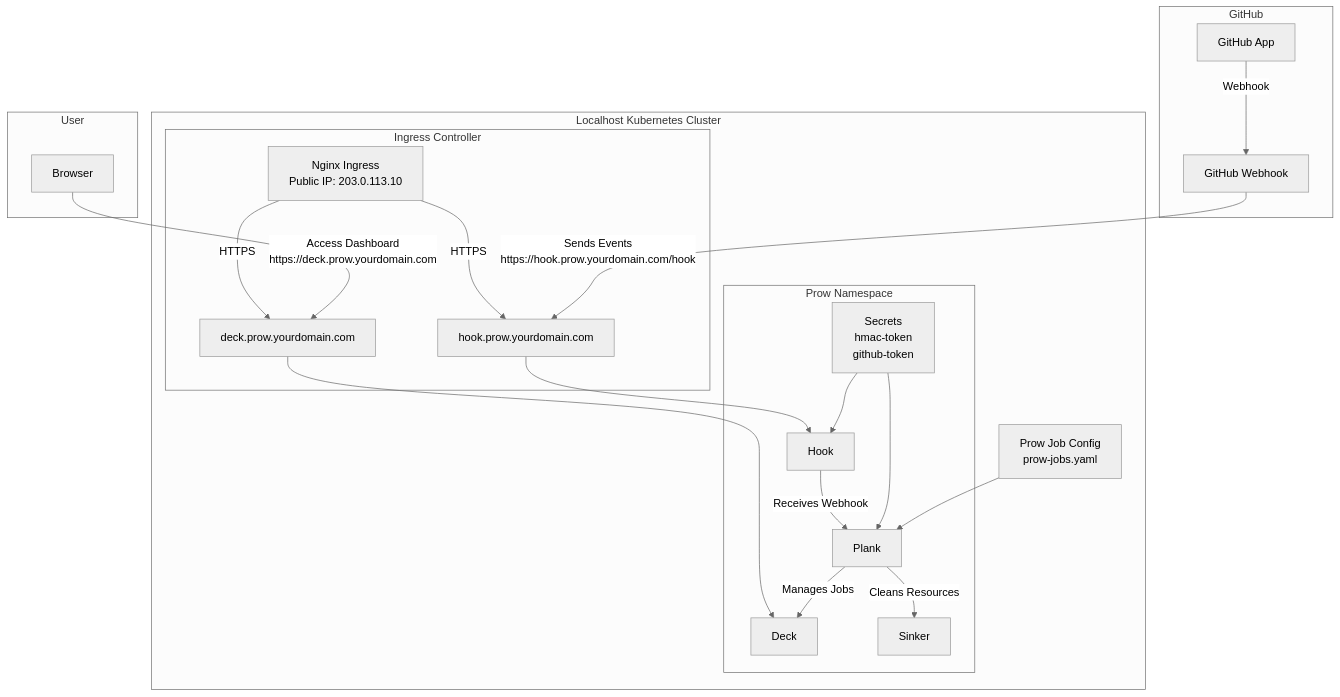
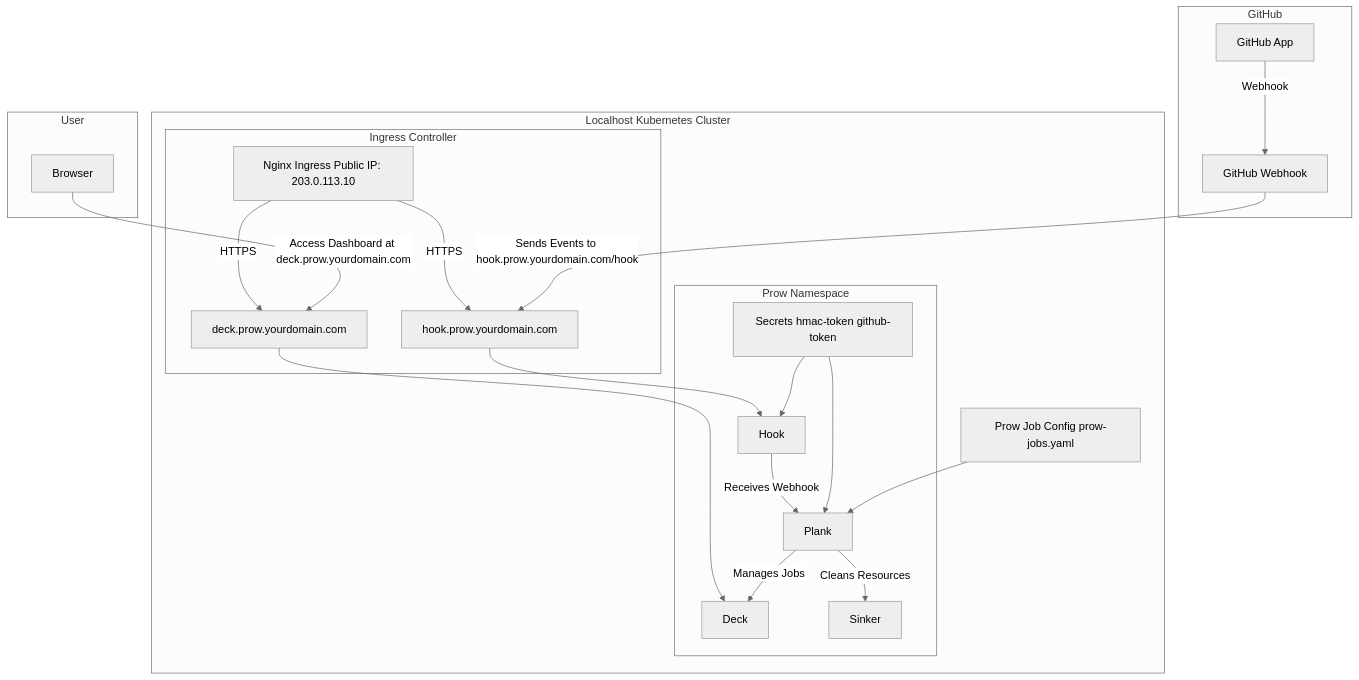
One commit to liweinan/deepseek-answers changed the second of 2 diagrams in files/prow-tutorial.md. Above: the diagram before and after it, drawn with Mermaid (neutral theme). The commit also changed other lines of this file, not shown here.

````diff
--- a/files/prow-tutorial.md
+++ b/files/prow-tutorial.md
@@ -392,29 +382,29 @@
 ```mermaid
 graph TD
     subgraph GitHub
         A[GitHub App] -->|Webhook| B[GitHub Webhook]
     end
 
     subgraph Localhost Kubernetes Cluster
         subgraph Ingress Controller
-            K[Nginx Ingress<br>Public IP: 203.0.113.10] -->|HTTPS| L[hook.prow.yourdomain.com]
+            K[Nginx Ingress Public IP: 203.0.113.10] -->|HTTPS| L[hook.prow.yourdomain.com]
             K -->|HTTPS| M[deck.prow.yourdomain.com]
         end
 
         subgraph Prow Namespace
             L --> C[Hook]
             M --> E[Deck]
             C -->|Receives Webhook| D[Plank]
             D -->|Manages Jobs| E
             D -->|Cleans Resources| F[Sinker]
-            G[Secrets<br>hmac-token<br>github-token] --> C
+            G[Secrets hmac-token github-token] --> C
             G --> D
         end
-        I[Prow Job Config<br>prow-jobs.yaml] --> D
+        I[Prow Job Config prow-jobs.yaml] --> D
     end
 
-    B -->|Sends Events<br>https://hook.prow.yourdomain.com/hook| L
+    B -->|Sends Events to hook.prow.yourdomain.com/hook| L
     subgraph User
-        J[Browser] -->|Access Dashboard<br>https://deck.prow.yourdomain.com| M
+        J[Browser] -->|Access Dashboard at deck.prow.yourdomain.com| M
     end
 ```
````
